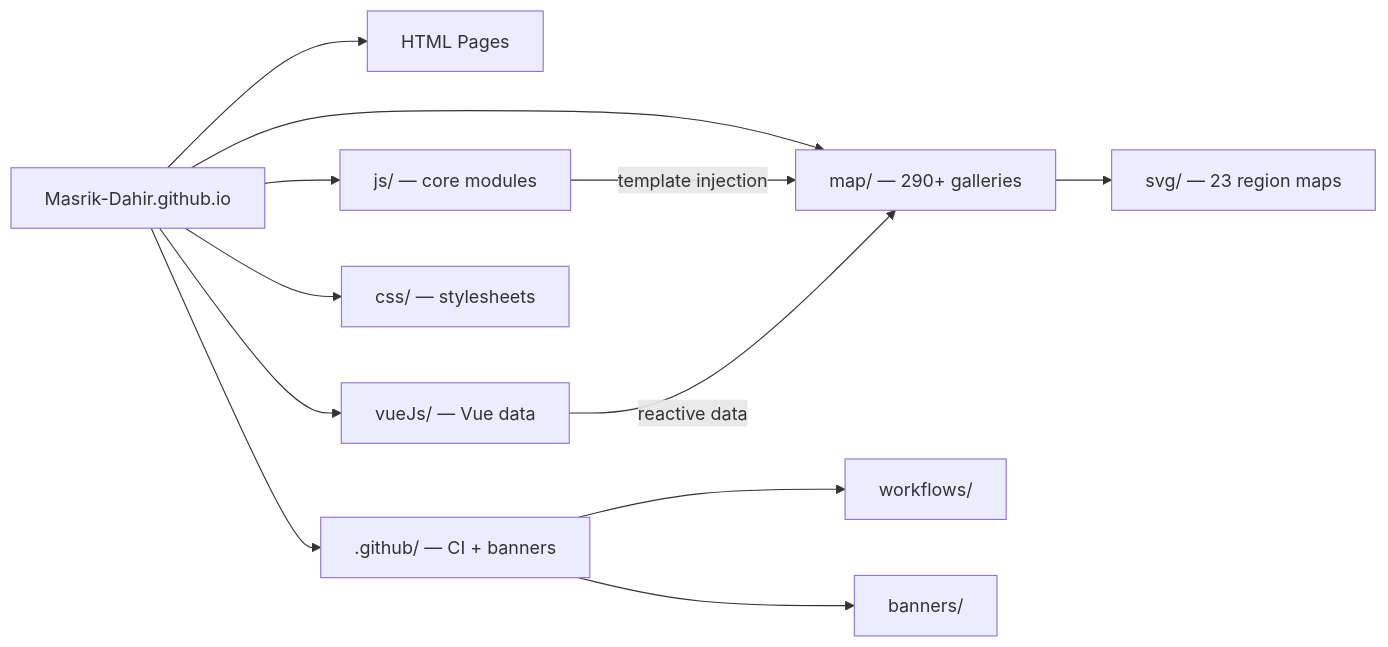
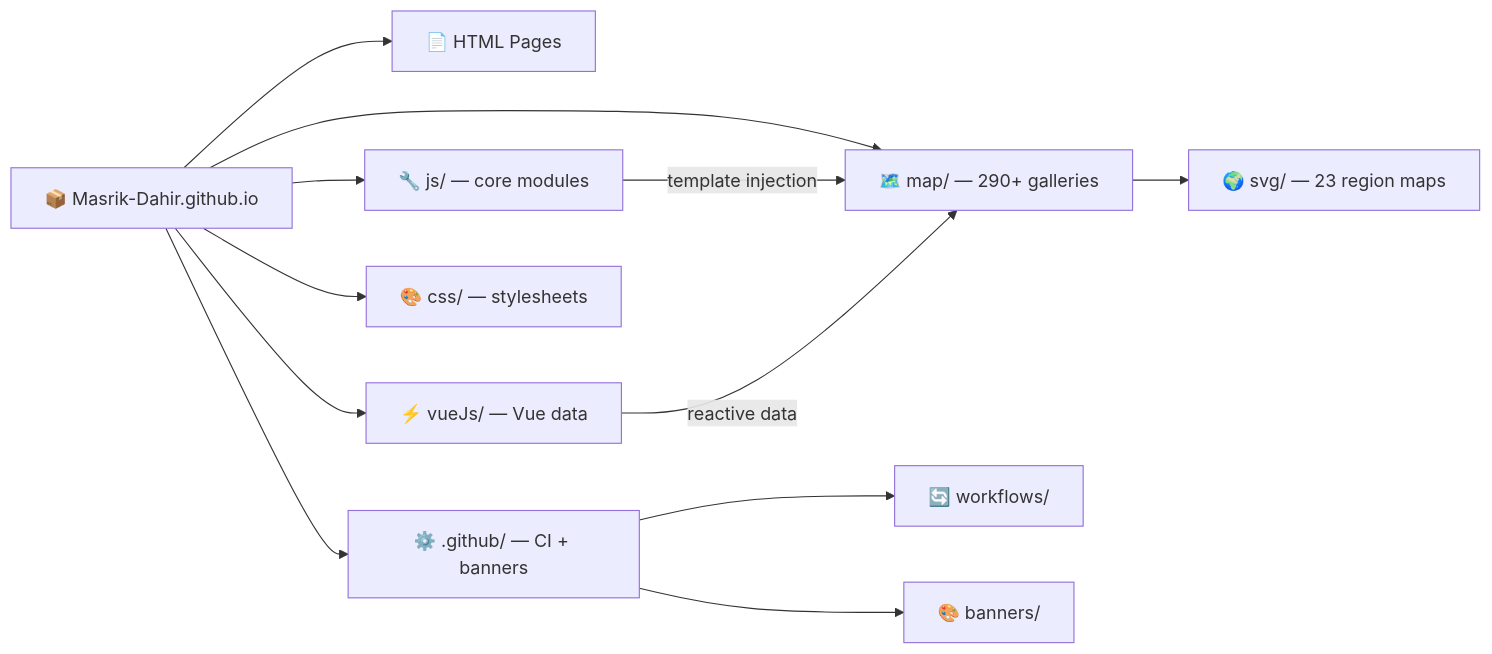
One commit to Masrik-Dahir/Masrik-Dahir.github.io changed the third of 4 diagrams in README.md. Above: the diagram before and after it, drawn with Mermaid. The commit also changed other lines of this file and 1 other file, not shown here.

````diff
--- a/README.md
+++ b/README.md
@@ -198,14 +198,14 @@
 ```mermaid
 graph LR
-    Root["Masrik-Dahir.github.io"] --> Pages["HTML Pages"]
-    Root --> MapDir["map/ — 290+ galleries"]
-    Root --> JS["js/ — core modules"]
-    Root --> VueDir["vueJs/ — Vue data"]
-    Root --> CSS["css/ — stylesheets"]
-    Root --> GH[".github/ — CI + banners"]
-    MapDir --> SVGs["svg/ — 23 region maps"]
+    Root["📦 Masrik-Dahir.github.io"] --> Pages["📄 HTML Pages"]
+    Root --> MapDir["🗺️ map/ — 290+ galleries"]
+    Root --> JS["🔧 js/ — core modules"]
+    Root --> VueDir["⚡ vueJs/ — Vue data"]
+    Root --> CSS["🎨 css/ — stylesheets"]
+    Root --> GH["⚙️ .github/ — CI + banners"]
+    MapDir --> SVGs["🌍 svg/ — 23 region maps"]
     JS --> |"template injection"| MapDir
     VueDir --> |"reactive data"| MapDir
-    GH --> Workflows["workflows/"]
-    GH --> Banners["banners/"]
+    GH --> Workflows["🔄 workflows/"]
+    GH --> Banners["🎨 banners/"]
 ```
````
